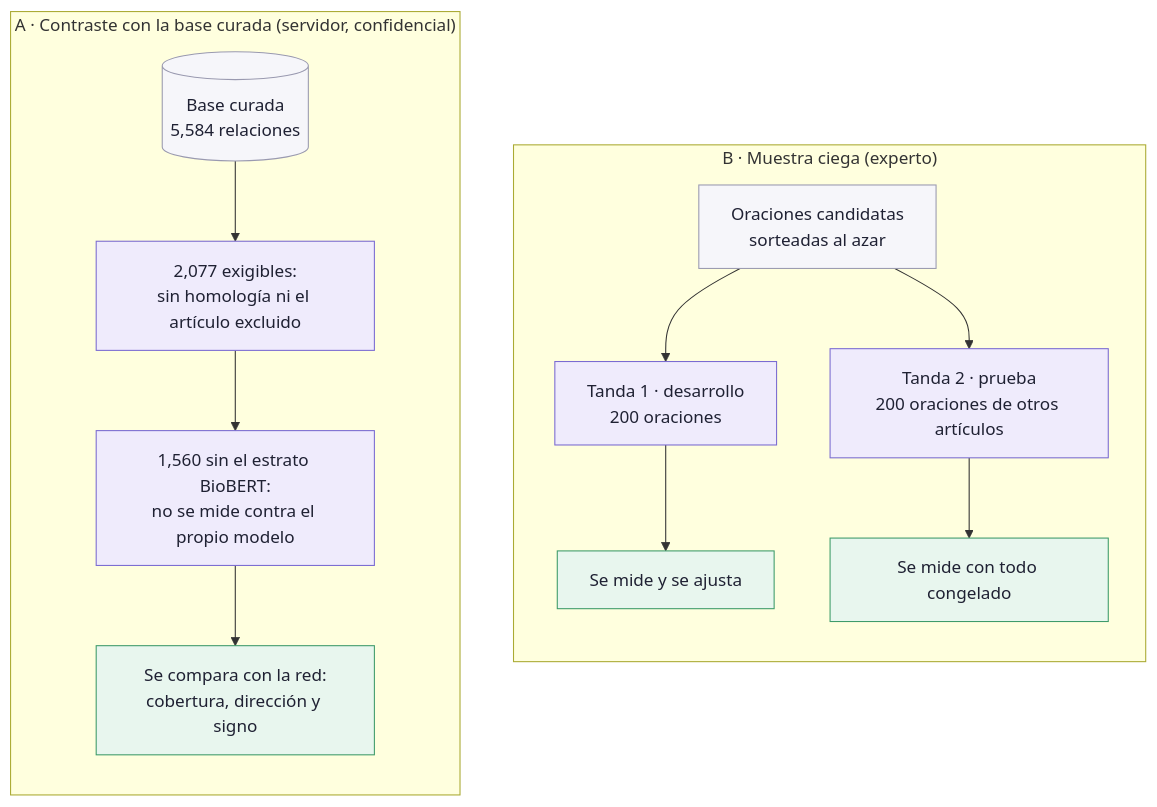
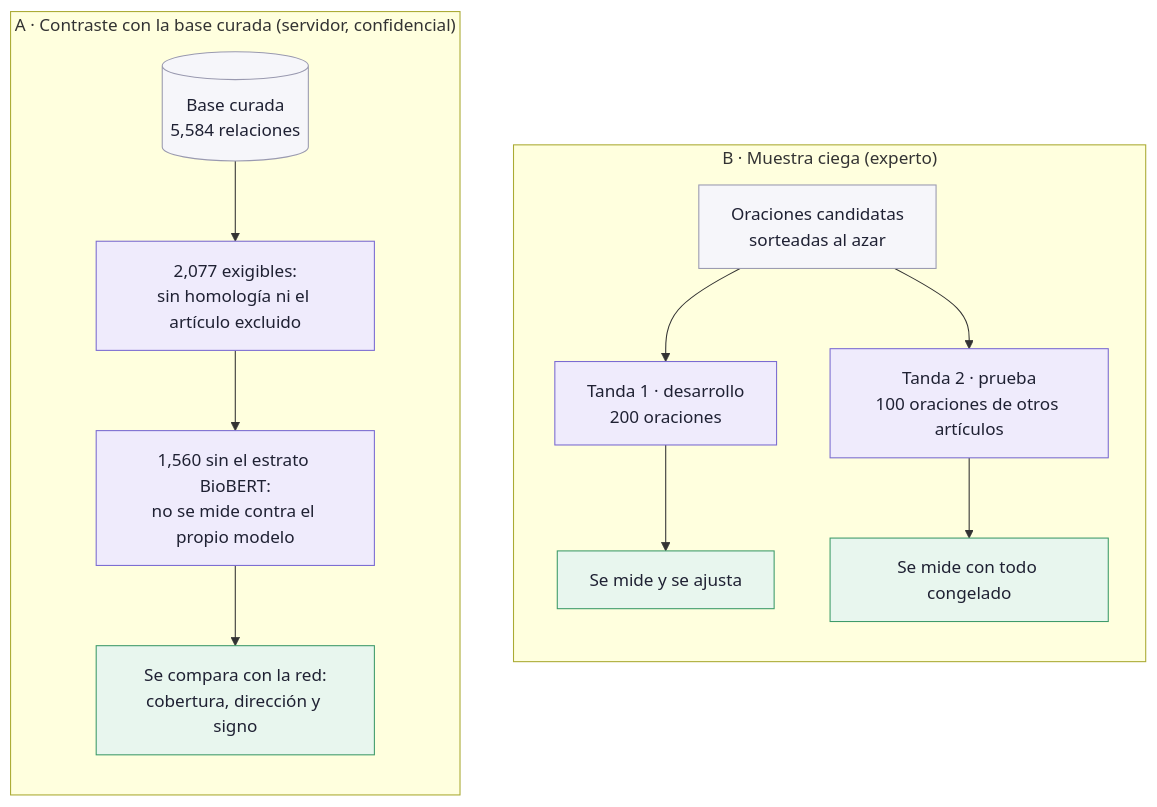
The fourth of 6 diagrams in docs/reporte/reporte.md (MonkeyDMemo/download_abstract_pdf), drawn with Mermaid before and after one commit. The commit also changed other lines of this file and 5 other files, not shown here.

````diff
--- a/docs/reporte/reporte.md
+++ b/docs/reporte/reporte.md
@@ -241,20 +279,20 @@
 ```mermaid
 flowchart TB
   subgraph B["B · Muestra ciega (experto)"]
     direction TB
     POB["Oraciones candidatas<br/>sorteadas al azar"]:::fuente --> T1["Tanda 1 · desarrollo<br/>200 oraciones"]:::paso
-    POB --> T2["Tanda 2 · prueba<br/>200 oraciones de otros artículos"]:::paso
+    POB --> T2["Tanda 2 · prueba<br/>100 oraciones de otros artículos"]:::paso
     T1 --> M2["Se mide y se ajusta"]:::ev
     T2 --> M3["Se mide con todo congelado"]:::ev
   end
   subgraph A["A · Contraste con la base curada (servidor, confidencial)"]
     direction TB
     BASE[("Base curada<br/>5,584 relaciones")]:::fuente --> EXI["2,077 exigibles:<br/>sin homología ni el artículo excluido"]:::paso
     EXI --> EST["1,560 sin el estrato BioBERT:<br/>no se mide contra el propio modelo"]:::paso
     EST --> M1["Se compara con la red:<br/>cobertura, dirección y signo"]:::ev
   end
   classDef fuente fill:#F6F6FA,stroke:#9A9AB0,color:#1F2133
   classDef paso fill:#EFEBFC,stroke:#7A6BD1,color:#1F2133
   classDef ev fill:#E8F6EE,stroke:#3E9B6A,color:#1F2133
   classDef expl fill:#FFF6E5,stroke:#C8962E,stroke-dasharray:5 3,color:#1F2133
 ```
````
